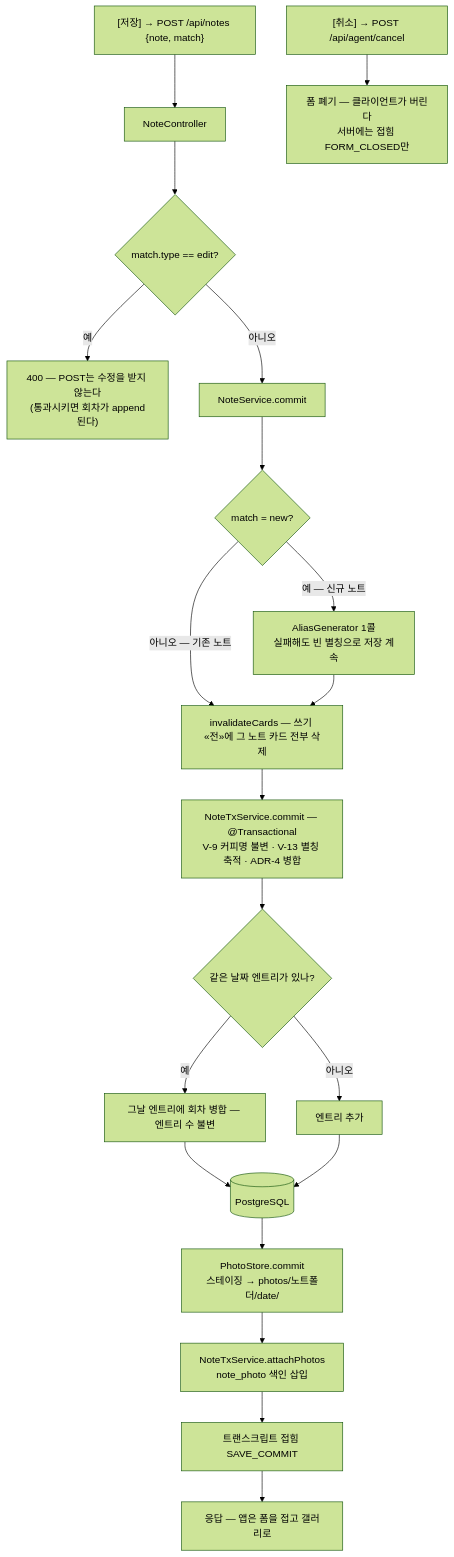
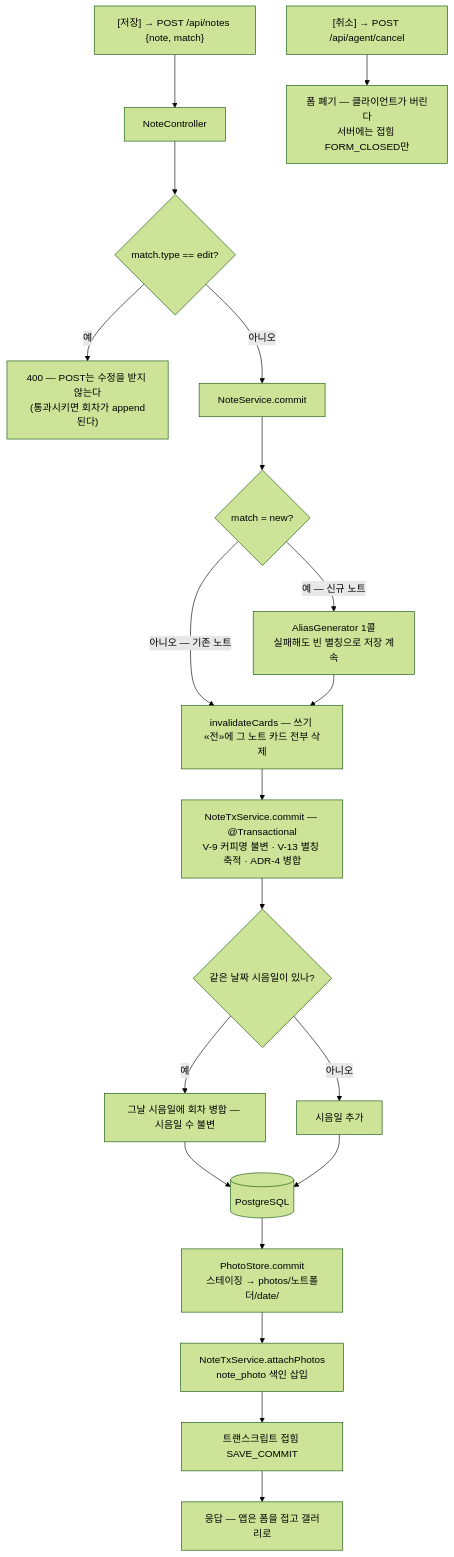
One commit to devwuu/mocha changed the fourth of 9 diagrams in docs/architecture-classes-and-flows.md. Above: the diagram before and after it, drawn with Mermaid (forest theme). The commit also changed other lines of this file and 27 other files, not shown here.

````diff
--- a/docs/architecture-classes-and-flows.md
+++ b/docs/architecture-classes-and-flows.md
@@ -463,23 +463,23 @@
 ```mermaid
 flowchart TB
     A["[저장] → POST /api/notes {note, match}"] --> B[NoteController]
     B --> C{match.type == edit?}
     C -->|예| D["400 — POST는 수정을 받지 않는다<br/>(통과시키면 회차가 append된다)"]
     C -->|아니오| E[NoteService.commit]
     E --> F{match = new?}
     F -->|예 — 신규 노트| G[AliasGenerator 1콜<br/>실패해도 빈 별칭으로 저장 계속]
     F -->|아니오 — 기존 노트| H
     G --> H["invalidateCards — 쓰기 «전»에 그 노트 카드 전부 삭제"]
     H --> I[NoteTxService.commit — @Transactional<br/>V-9 커피명 불변 · V-13 별칭 축적 · ADR-4 병합]
-    I --> J{같은 날짜 엔트리가 있나?}
-    J -->|예| K[그날 엔트리에 회차 병합 — 엔트리 수 불변]
-    J -->|아니오| L[엔트리 추가]
+    I --> J{같은 날짜 시음일이 있나?}
+    J -->|예| K[그날 시음일에 회차 병합 — 시음일 수 불변]
+    J -->|아니오| L[시음일 추가]
     K --> M[(PostgreSQL)]
     L --> M
     M --> N[PhotoStore.commit<br/>스테이징 → photos/노트폴더/date/]
     N --> O[NoteTxService.attachPhotos<br/>note_photo 색인 삽입]
     O --> P[트랜스크립트 접힘 SAVE_COMMIT]
     P --> Q["응답 — 앱은 폼을 접고 갤러리로"]
 
     R["[취소] → POST /api/agent/cancel"] --> S[폼 폐기 — 클라이언트가 버린다<br/>서버에는 접힘 FORM_CLOSED만]
 ```
````
